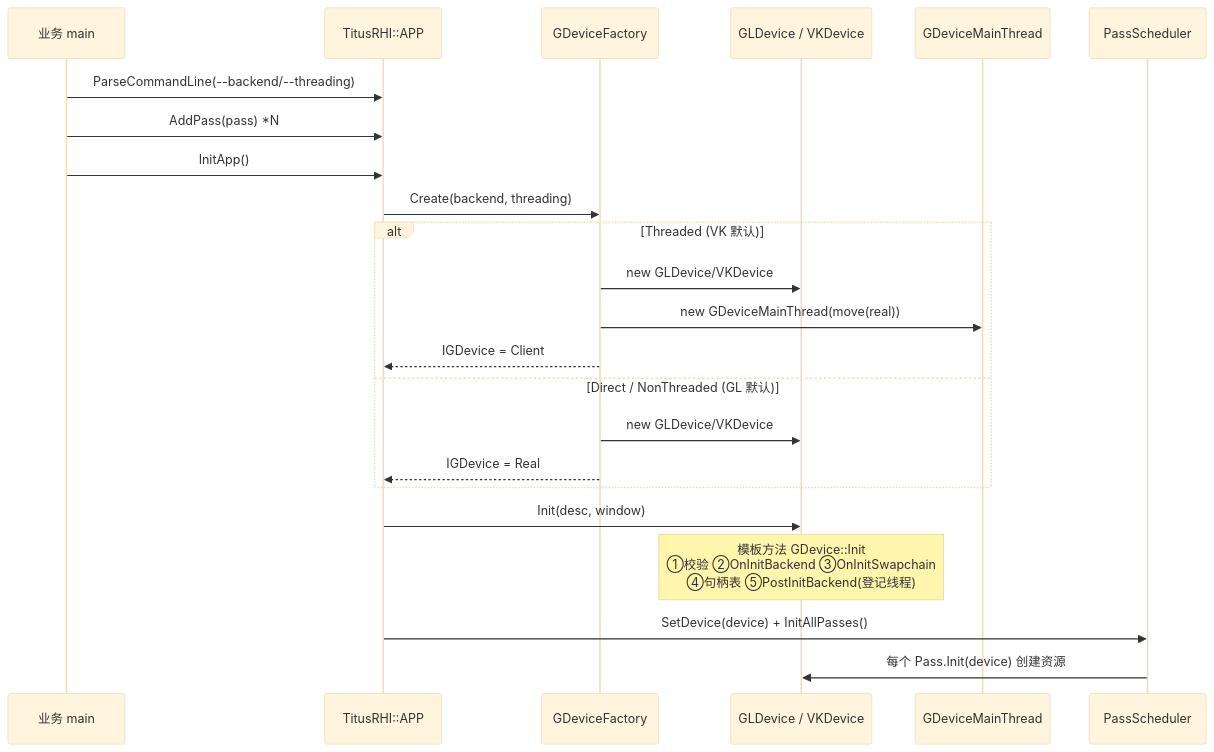
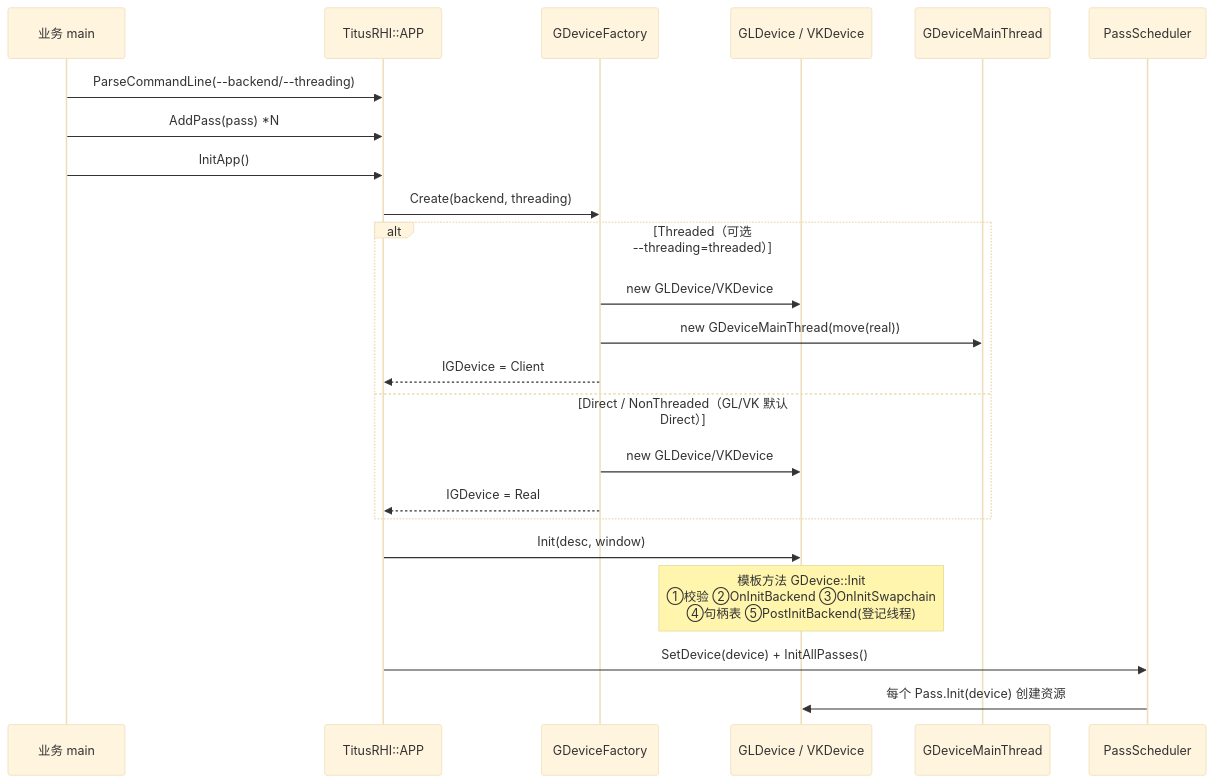
One commit to Moye-mio/Renderer changed the first of 5 diagrams in Docs/Architecture/90_Flows.md. Above: the diagram before and after it, drawn with Mermaid (base theme). The commit also changed other lines of this file and 15 other files, not shown here.

First line of the commit message:
docs: align READMEs and architecture docs with current RHI defaults

````diff
--- a/Docs/Architecture/90_Flows.md
+++ b/Docs/Architecture/90_Flows.md
@@ -10,26 +10,26 @@
 ```mermaid
 sequenceDiagram
     participant Biz as 业务 main
     participant APP as TitusRHI::APP
     participant F as GDeviceFactory
     participant Real as GLDevice / VKDevice
     participant Client as GDeviceMainThread
     participant Sched as PassScheduler
 
     Biz->>APP: ParseCommandLine(--backend/--threading)
     Biz->>APP: AddPass(pass) *N
     Biz->>APP: InitApp()
     APP->>F: Create(backend, threading)
-    alt Threaded (VK 默认)
+    alt Threaded（可选 --threading=threaded）
         F->>Real: new GLDevice/VKDevice
         F->>Client: new GDeviceMainThread(move(real))
         F-->>APP: IGDevice = Client
-    else Direct / NonThreaded (GL 默认)
+    else Direct / NonThreaded（GL/VK 默认 Direct）
         F->>Real: new GLDevice/VKDevice
         F-->>APP: IGDevice = Real
     end
     APP->>Real: Init(desc, window)
     Note over Real: 模板方法 GDevice::Init<br/>①校验 ②OnInitBackend ③OnInitSwapchain<br/>④句柄表 ⑤PostInitBackend(登记线程)
     APP->>Sched: SetDevice(device) + InitAllPasses()
     Sched->>Real: 每个 Pass.Init(device) 创建资源
 ```
````
